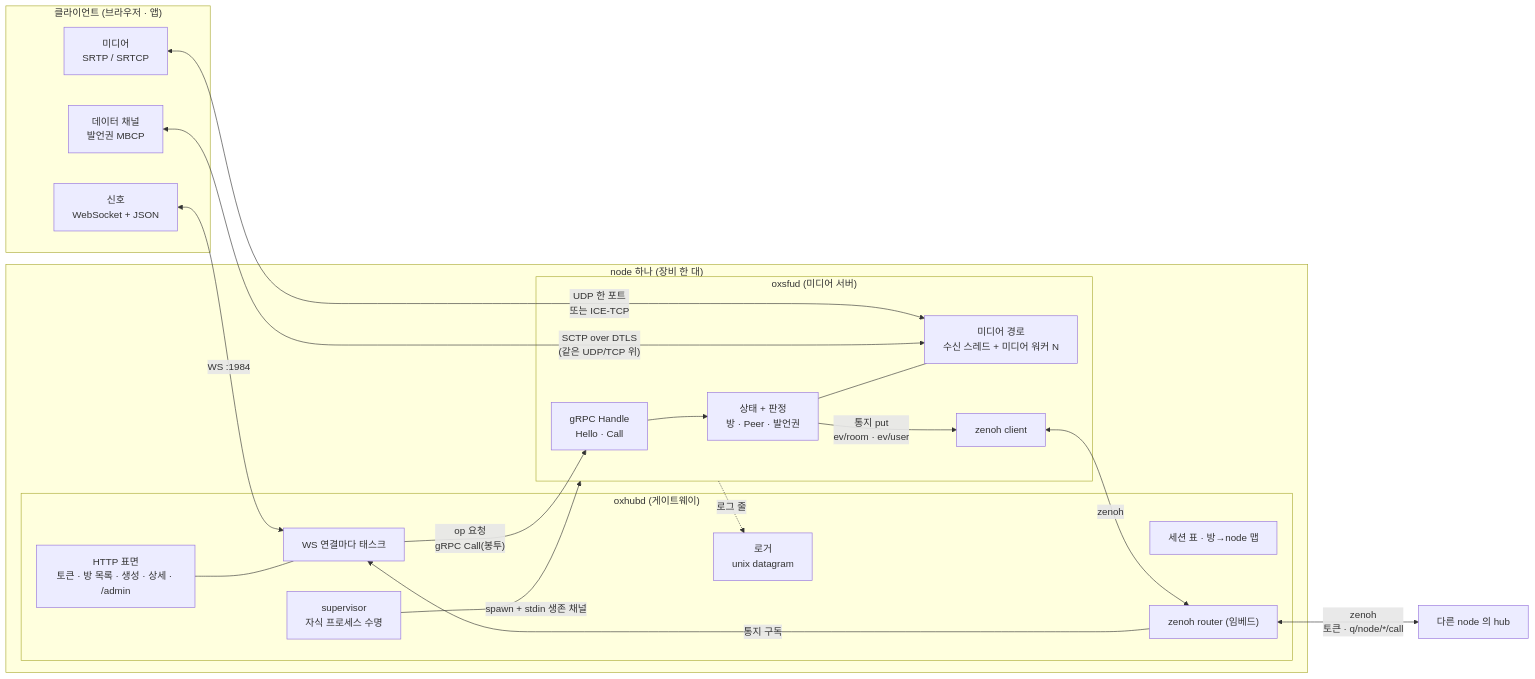
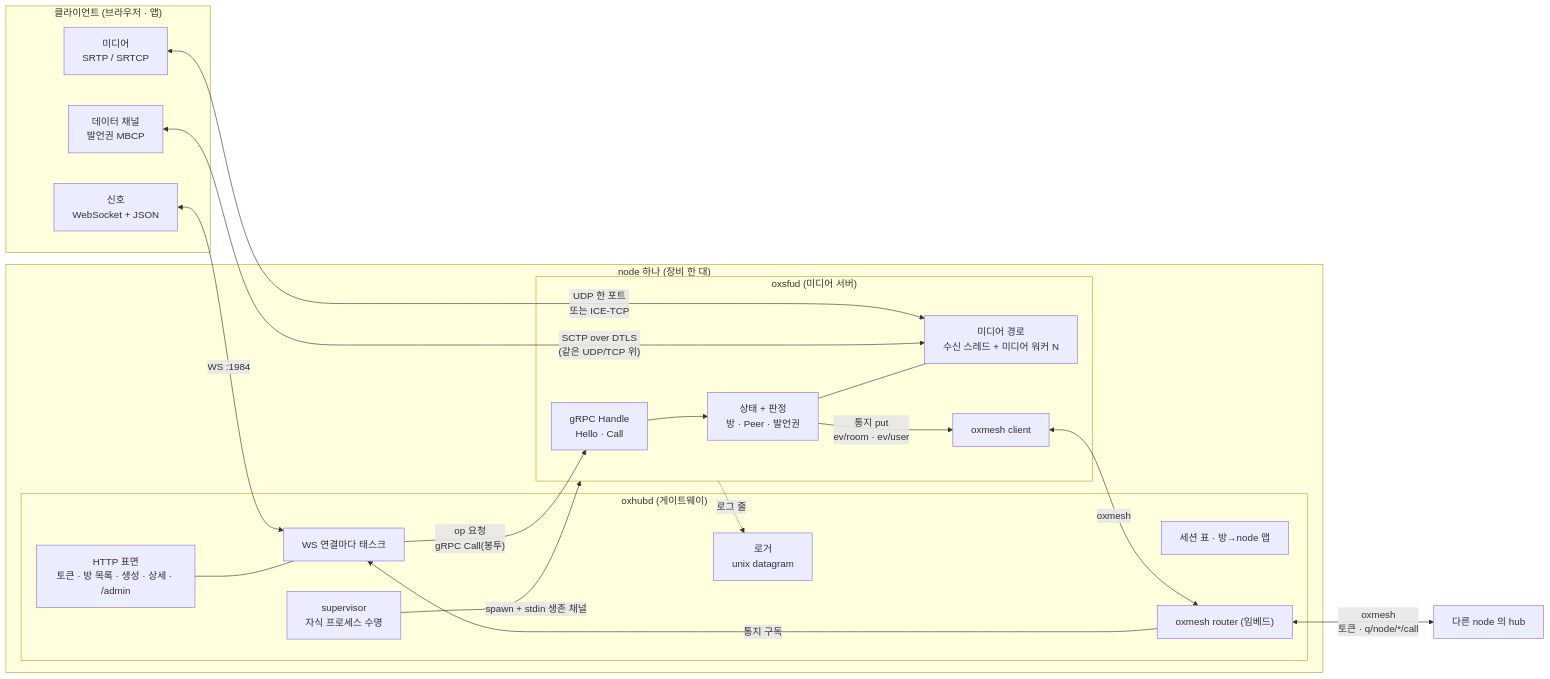
Before and after one commit to kodeholic9/oxlens-sfu: the first of 9 diagrams in docs/architecture.md, drawn with Mermaid. The commit also changed other lines of this file and 29 other files, not shown here.

````diff
--- a/docs/architecture.md
+++ b/docs/architecture.md
@@ -28,42 +28,42 @@
 ```mermaid
 flowchart LR
     subgraph CL["클라이언트 (브라우저 · 앱)"]
         SIG["신호<br/>WebSocket + JSON"]
         MED["미디어<br/>SRTP / SRTCP"]
         DC["데이터 채널<br/>발언권 MBCP"]
     end
 
     subgraph NODE["node 하나 (장비 한 대)"]
         subgraph HUB["oxhubd (게이트웨이)"]
             HTTP["HTTP 표면<br/>토큰 · 방 목록 · 생성 · 상세 · /admin"]
             WS["WS 연결마다 태스크"]
             SES["세션 표 · 방→node 맵"]
             SUP["supervisor<br/>자식 프로세스 수명"]
-            ZR["zenoh router (임베드)"]
+            ZR["oxmesh router (임베드)"]
             LOG["로거<br/>unix datagram"]
         end
         subgraph SFU["oxsfud (미디어 서버)"]
             GRPC["gRPC Handle<br/>Hello · Call"]
             CORE["상태 + 판정<br/>방 · Peer · 발언권"]
             MEDIA["미디어 경로<br/>수신 스레드 + 미디어 워커 N"]
-            ZC["zenoh client"]
+            ZC["oxmesh client"]
         end
     end
 
     OTHER["다른 node 의 hub"]
 
     SIG <-->|"WS :1984"| WS
     HTTP --- WS
     MED <-->|"UDP 한 포트<br/>또는 ICE-TCP"| MEDIA
     DC <-->|"SCTP over DTLS<br/>(같은 UDP/TCP 위)"| MEDIA
 
     WS -->|"op 요청<br/>gRPC Call(봉투)"| GRPC
     GRPC --> CORE
     CORE -->|"통지 put<br/>ev/room · ev/user"| ZC
-    ZC <-->|"zenoh"| ZR
+    ZC <-->|"oxmesh"| ZR
     ZR -->|"통지 구독"| WS
-    ZR <-->|"zenoh<br/>토큰 · q/node/*/call"| OTHER
+    ZR <-->|"oxmesh<br/>토큰 · q/node/*/call"| OTHER
     SUP -->|"spawn + stdin 생존 채널"| SFU
     SFU -.->|"로그 줄"| LOG
     CORE --- MEDIA
 ```
````
